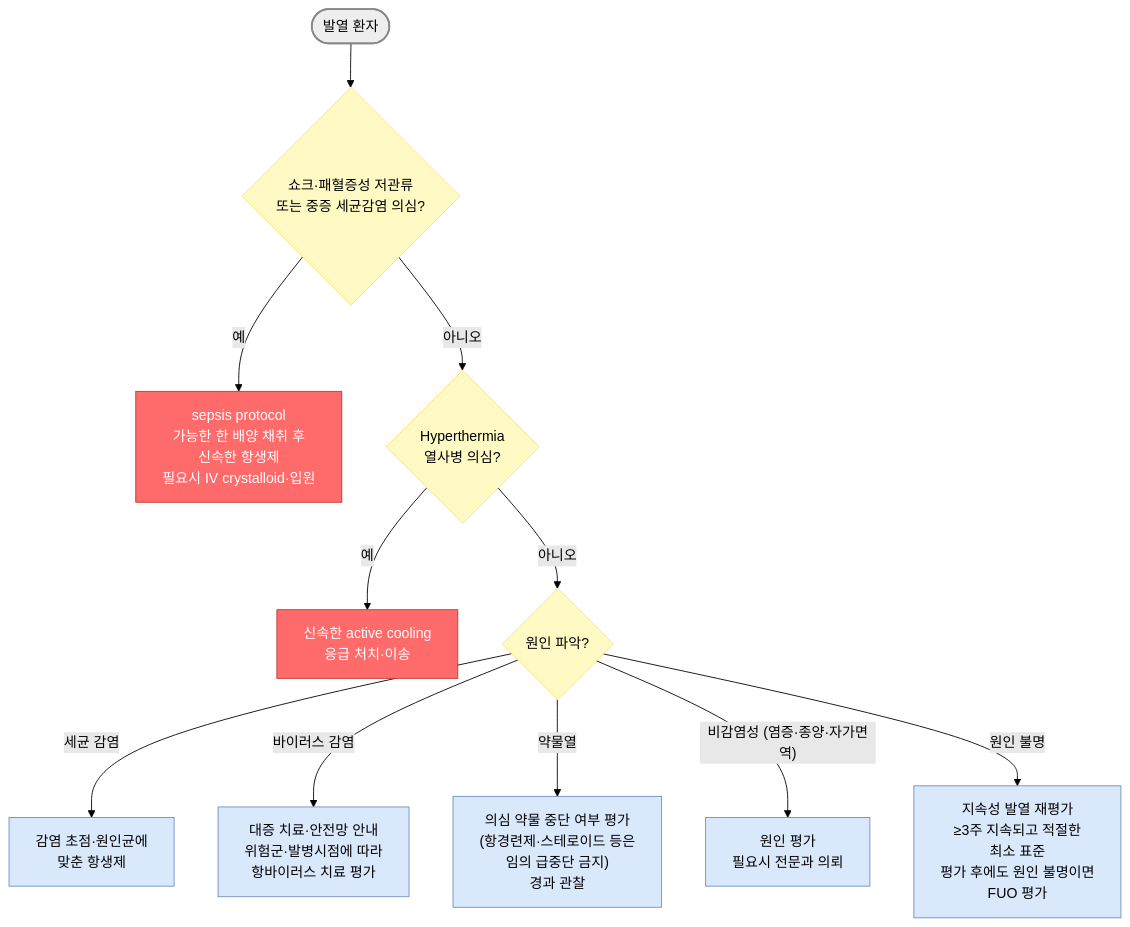
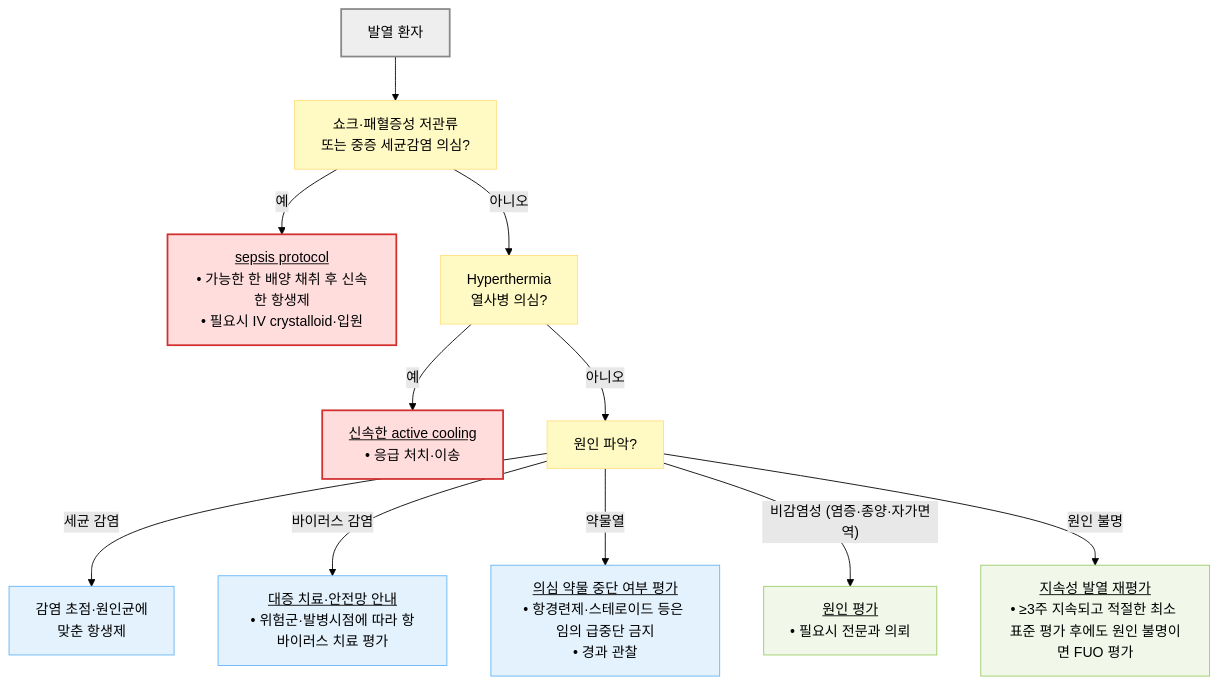
Before and after one commit to familyoh77/familyoh77: the second of 2 diagrams in 220_/011_-fever.md, drawn with Mermaid (forest theme). The commit also changed other lines of this file and 13 other files, not shown here.

````diff
--- a/220_/011_-fever.md
+++ b/220_/011_-fever.md
@@ -286,38 +273,24 @@
 ```mermaid
 flowchart TD
-    A([발열 환자]) --> B{"`쇼크·패혈증성 저관류
-또는 중증 세균감염 의심?`"}
-    B -- "예" --> C["`sepsis protocol
-가능한 한 배양 채취 후 
-신속한 항생제
-필요시 IV crystalloid·입원`"]
-    B -- "아니오" --> D{"`Hyperthermia
-열사병 의심?`"}
-    D -- "예" --> E["`신속한 active cooling
-응급 처치·이송`"]
-    D -- "아니오" --> F{"원인 파악?"}
-    F -- "세균 감염" --> G["`감염 초점·원인균에 
-맞춘 항생제`"]
-    F -- "바이러스 감염" --> H["`대증 치료·안전망 안내
-위험군·발병시점에 따라
-항바이러스 치료 평가`"]
-    F -- "약물열" --> I["`의심 약물 중단 여부 평가
-(항경련제·스테로이드 등은
-임의 급중단 금지)
-경과 관찰`"]
-    F -- "비감염성 (염증·종양·자가면역)" --> J["`원인 평가
-필요시 전문과 의뢰`"]
-    F -- "원인 불명" --> K["`지속성 발열 재평가
-≥3주 지속되고 적절한 
-최소 표준
-평가 후에도 원인 불명이면 
-FUO 평가`"]
-    classDef red    fill:#ff6b6b,stroke:#c0392b,color:#fff
-    classDef start  fill:#eeeeee,stroke:#888888,stroke-width:2px
-    classDef yellow fill:#fff9c4,stroke:#ffe082
-        classDef blue fill:#dae8fc,stroke:#6c8ebf
+    A["발열 환자"] --> B["쇼크·패혈증성 저관류<br/>또는 중증 세균감염 의심?"]
+    B -- "예" --> C["<u>sepsis protocol</u><br/>• 가능한 한 배양 채취 후 신속한 항생제<br/>• 필요시 IV crystalloid·입원"]
+    B -- "아니오" --> D["Hyperthermia<br/>열사병 의심?"]
+    D -- "예" --> E["<u>신속한 active cooling</u><br/>• 응급 처치·이송"]
+    D -- "아니오" --> F["원인 파악?"]
+    F -- "세균 감염" --> G["감염 초점·원인균에<br/>맞춘 항생제"]
+    F -- "바이러스 감염" --> H["<u>대증 치료·안전망 안내</u><br/>• 위험군·발병시점에 따라 항바이러스 치료 평가"]
+    F -- "약물열" --> I["<u>의심 약물 중단 여부 평가</u><br/>• 항경련제·스테로이드 등은 임의 급중단 금지<br/>• 경과 관찰"]
+    F -- "비감염성 (염증·종양·자가면역)" --> J["<u>원인 평가</u><br/>• 필요시 전문과 의뢰"]
+    F -- "원인 불명" --> K["<u>지속성 발열 재평가</u><br/>• ≥3주 지속되고 적절한 최소 표준 평가 후에도 원인 불명이면 FUO 평가"]
+
+    classDef start fill:#eeeeee,stroke:#888888,stroke-width:2px
+    classDef question fill:#fff9c4,stroke:#ffe082
+    classDef emergency fill:#ffdddd,stroke:#d32f2f,stroke-width:2px
+    classDef evaluation fill:#f1f8e9,stroke:#9ccc65
+    classDef treatment fill:#e3f2fd,stroke:#64b5f6
     class A start
-    class C,E red
-    class G,H,I,J,K blue
-    class B,D,F yellow
+    class B,D,F question
+    class C,E emergency
+    class J,K evaluation
+    class G,H,I treatment
 ```
````
